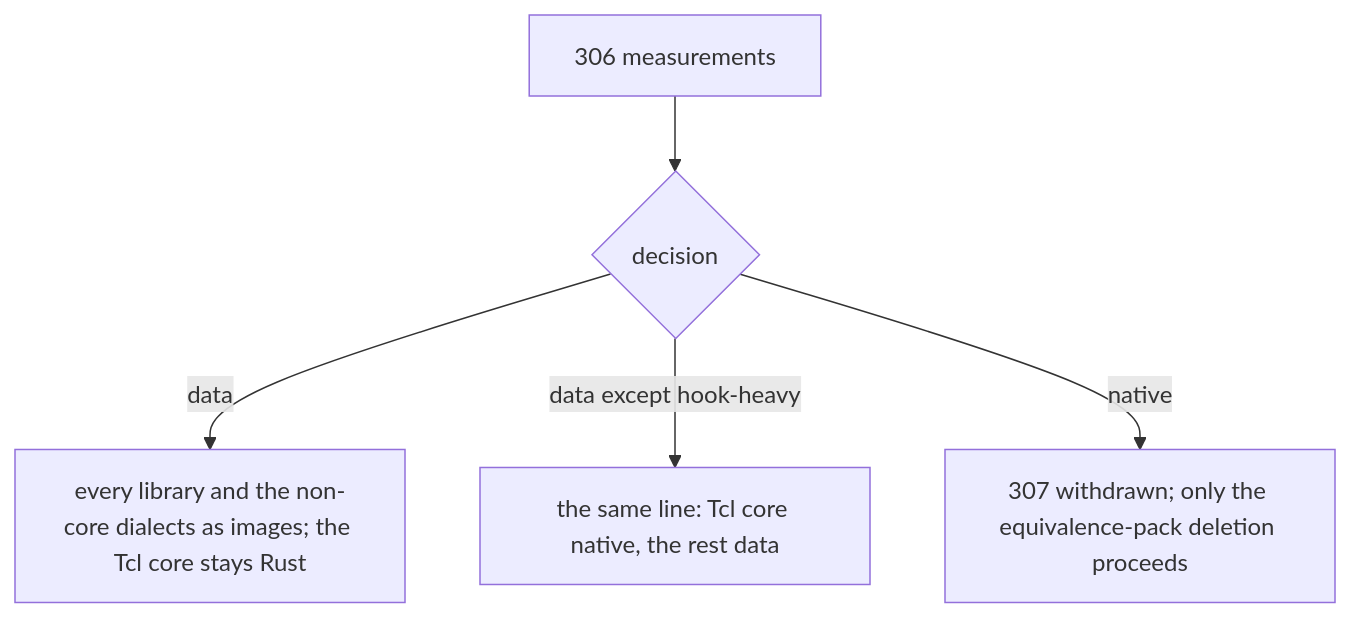
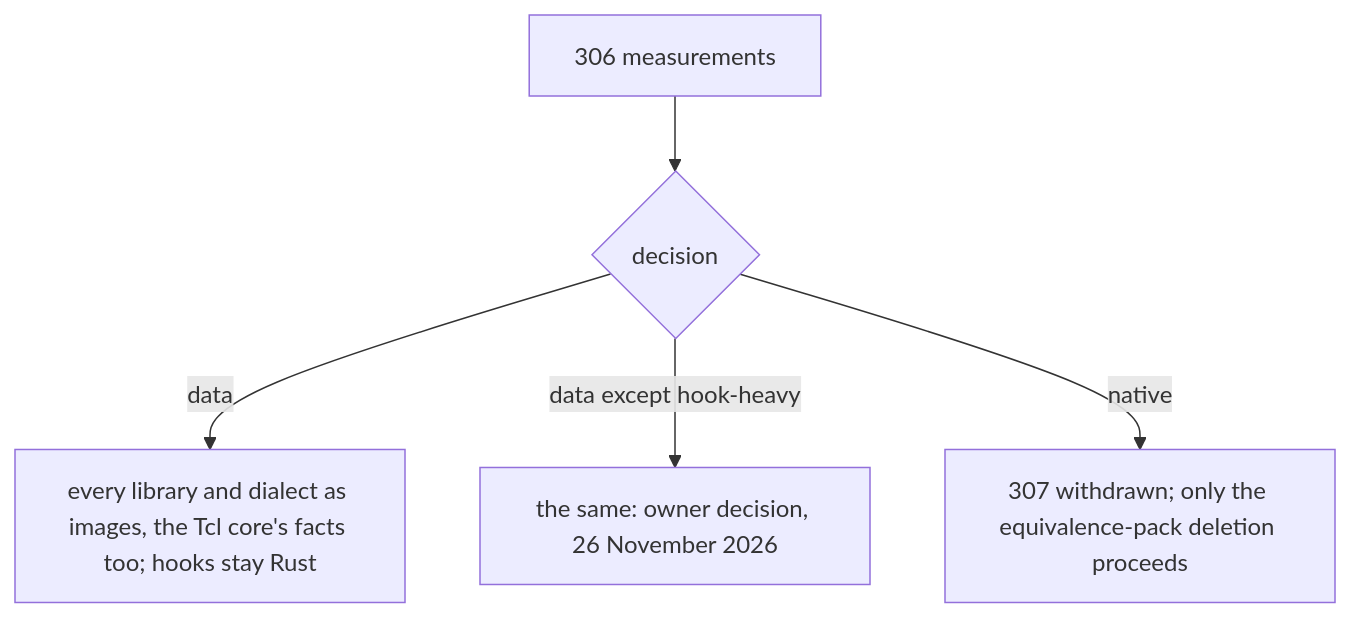
One commit to bitwisecook/tcl-lsp changed the first of 2 diagrams in docs/design/registry/model/307-libraries-as-data.md. Above: the diagram before and after it, drawn with Mermaid. The commit also changed other lines of this file and 17 other files, not shown here.

````diff
--- a/docs/design/registry/model/307-libraries-as-data.md
+++ b/docs/design/registry/model/307-libraries-as-data.md
@@ -64,7 +66,7 @@
 ```mermaid
 flowchart TB
   spike["306 measurements"] --> outcome{"decision"}
-  outcome -- data --> all["every library and the non-core dialects as images; the Tcl core stays Rust"]
-  outcome -- "data except hook-heavy" --> most["the same line: Tcl core native, the rest data"]
+  outcome -- data --> all["every library and dialect as images, the Tcl core's facts too; hooks stay Rust"]
+  outcome -- "data except hook-heavy" --> most["the same: owner decision, 26 November 2026"]
   outcome -- native --> withdrawn["307 withdrawn; only the equivalence-pack deletion proceeds"]
 ```
````
